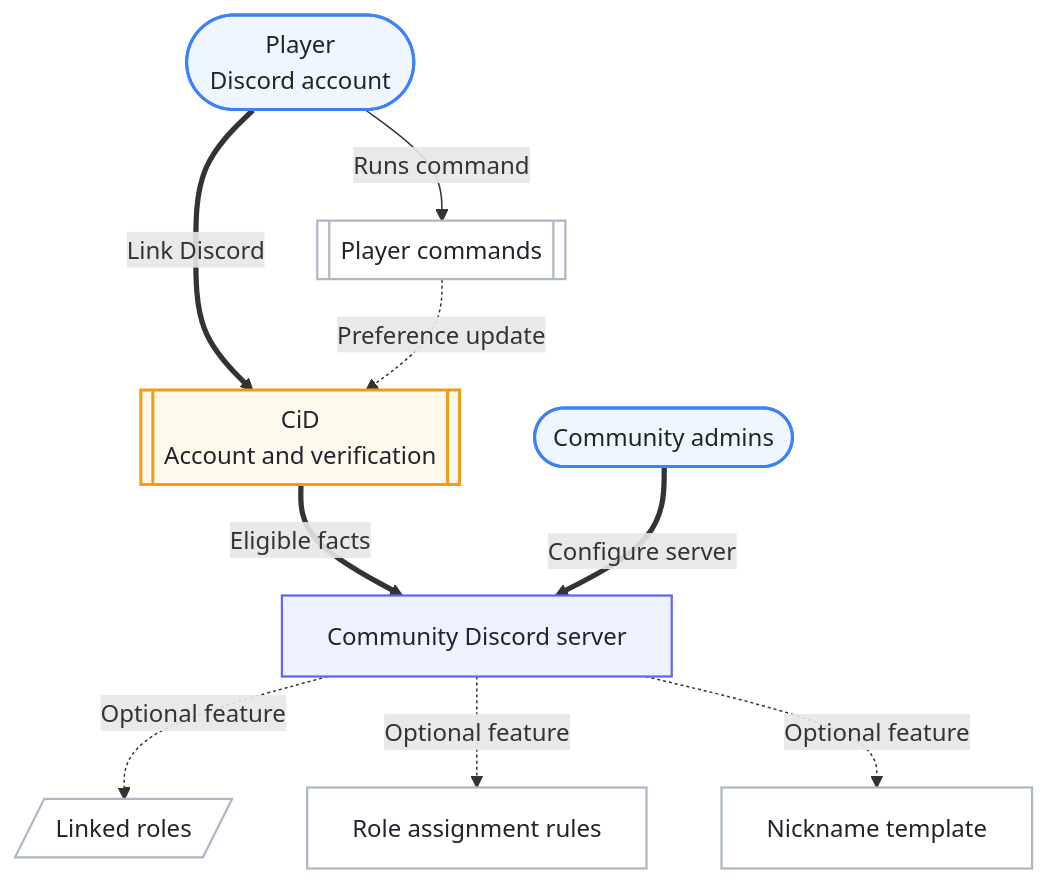
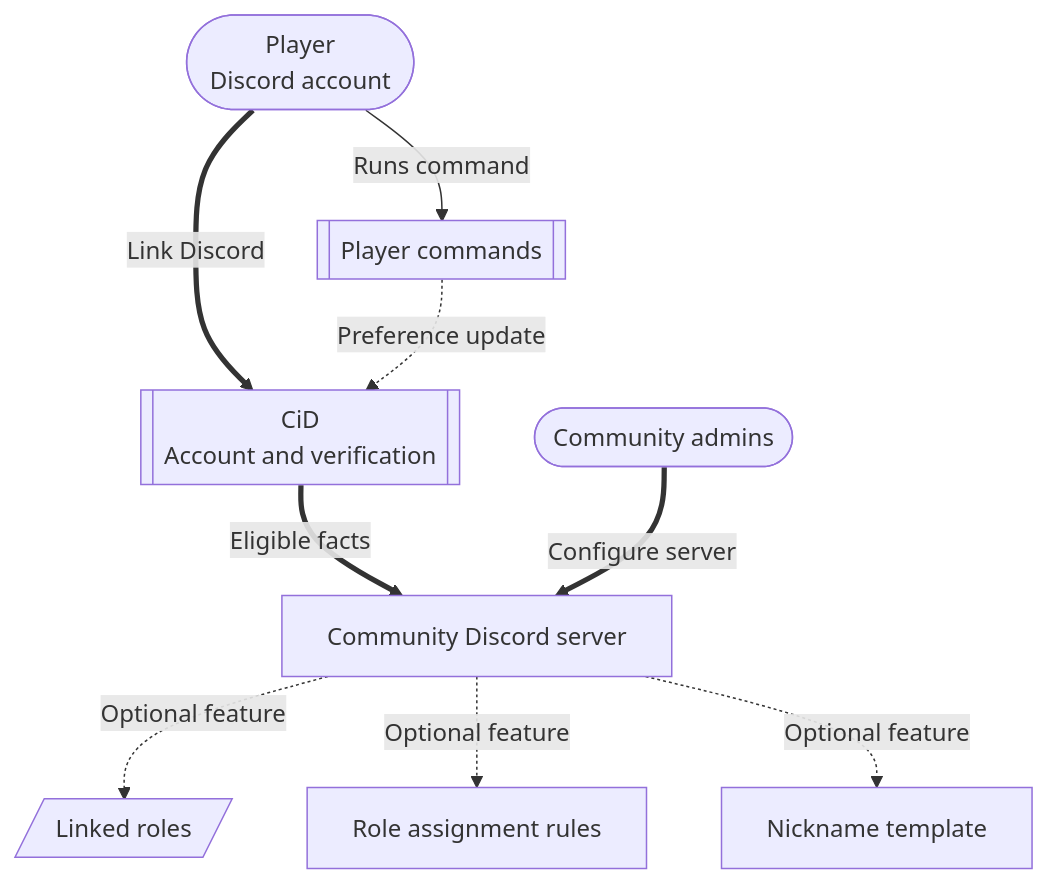
The diagram in docs/players/discord-integrations.md (ArkanisCorporation/CitizenId-docs), drawn with Mermaid before and after one commit. The commit also changed 7 other files, not shown here.

Commit message:
refactor: centralise diagram styling

````diff
--- a/docs/players/discord-integrations.md
+++ b/docs/players/discord-integrations.md
@@ -24,29 +24,25 @@
 ```mermaid
 flowchart TD
   player(["Player<br/>Discord account"])
   cid[["CiD<br/>Account and verification"]]
   server["Community Discord server"]
   linked[/"Linked roles"/]
   roles["Role assignment rules"]
   nick["Nickname template"]
   commands[["Player commands"]]
   admins(["Community admins"])
 
   player ==>|Link Discord| cid
   cid ==>|Eligible facts| server
   admins ==>|Configure server| server
   server -. "Optional feature" .-> linked
   server -. "Optional feature" .-> roles
   server -. "Optional feature" .-> nick
   player -->|"Runs command"| commands
   commands -. "Preference update" .-> cid
 
-  classDef actor fill:#eff6ff,stroke:#3b82f6,color:#20242c,stroke-width:2px;
-  classDef service fill:#fff8ec,stroke:#F39C12,color:#20242c,stroke-width:2px;
-  classDef context fill:#eef2ff,stroke:#6366f1,color:#20242c,stroke-width:1.5px;
-  classDef action fill:#ffffff,stroke:#aeb7c4,color:#20242c,stroke-width:1.5px;
   class player,admins actor;
   class cid service;
   class server context;
   class linked,roles,nick,commands action;
 ```
````
